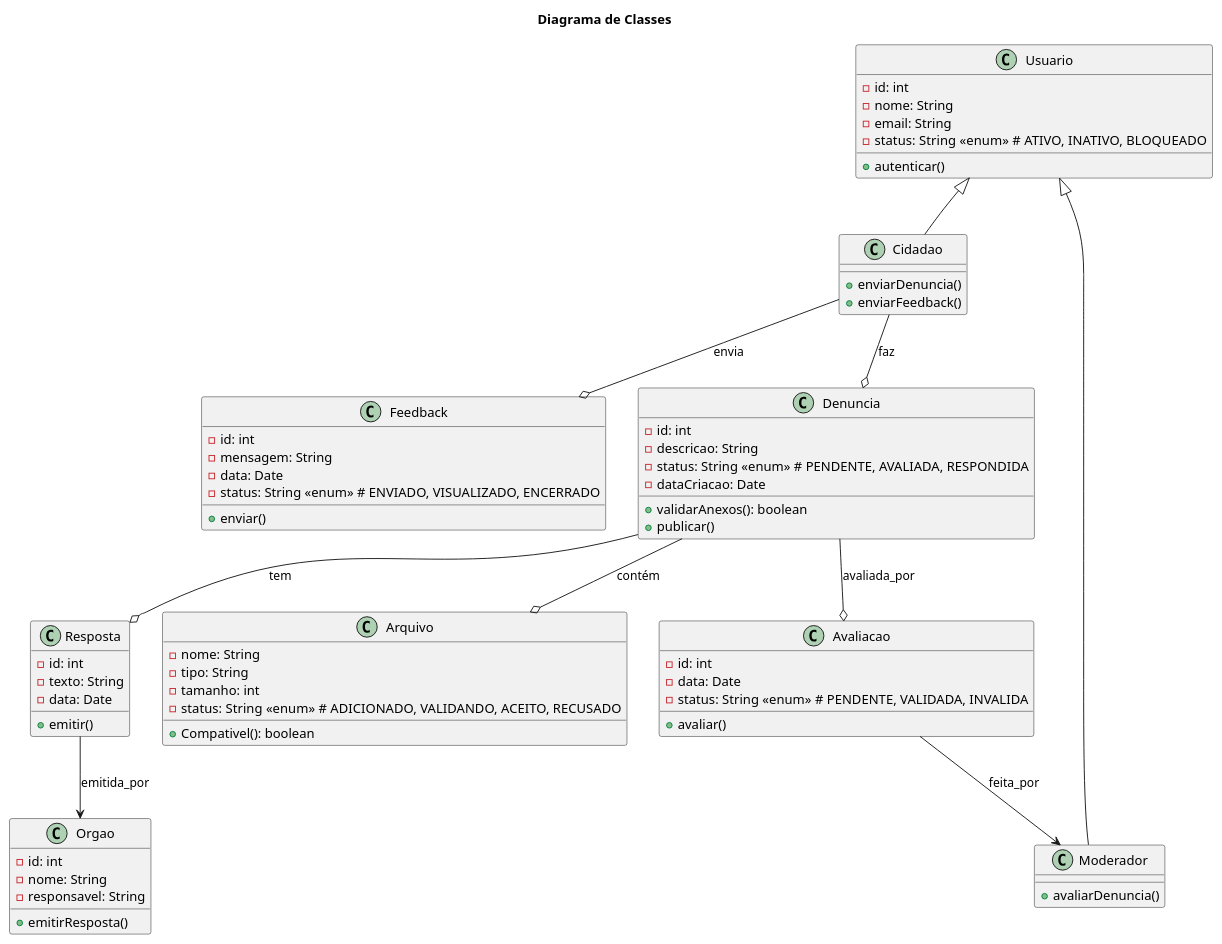
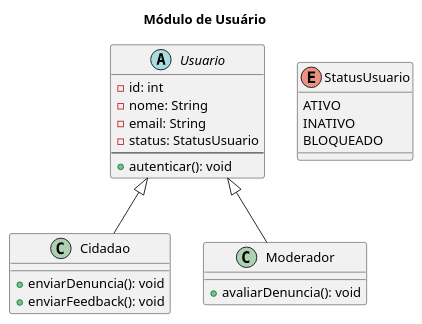
One commit to rafa-alves6/Reclama.se-AOO changed the second of 2 diagrams in modelos/readme.md. Above: the diagram before and after it, drawn with PlantUML.

````diff
--- a/modelos/readme.md
+++ b/modelos/readme.md
@@ -67,86 +67,30 @@
 ```plantuml
 @startuml
-title Diagrama de Classes 
+title Módulo de Usuário
 
-class Usuario {
+abstract class Usuario {
   - id: int
   - nome: String
   - email: String
-  - status: String <<enum>> # ATIVO, INATIVO, BLOQUEADO
-  + autenticar()
+  - status: StatusUsuario
+  --
+  + autenticar(): void
 }
 
 class Cidadao extends Usuario {
-  + enviarDenuncia()
-  + enviarFeedback()
+  + enviarDenuncia(): void
+  + enviarFeedback(): void
 }
 
 class Moderador extends Usuario {
-  + avaliarDenuncia()
-}
-
-Usuario -[hidden]-> Cidadao
-Usuario -[hidden]-> Moderador
-
-class Denuncia {
-  - id: int
-  - descricao: String
-  - status: String <<enum>> # PENDENTE, AVALIADA, RESPONDIDA
-  - dataCriacao: Date
-  + validarAnexos(): boolean
-  + publicar()
-}
-
-class Feedback {
-  - id: int
-  - mensagem: String
-  - data: Date
-  - status: String <<enum>> # ENVIADO, VISUALIZADO, ENCERRADO
-  + enviar()
+  + avaliarDenuncia(): void
 }
 
 
-class Arquivo {
-  - nome: String
-  - tipo: String
-  - tamanho: int
-  - status: String <<enum>> # ADICIONADO, VALIDANDO, ACEITO, RECUSADO
-  + Compativel(): boolean
+enum StatusUsuario {
+  ATIVO
+  INATIVO
+  BLOQUEADO
 }
-
-
-Denuncia --o Arquivo : contém
-
-class Avaliacao {
-  - id: int
-  - data: Date
-  - status: String <<enum>> # PENDENTE, VALIDADA, INVALIDA
-  + avaliar()
-}
-
-
-class Resposta {
-  - id: int
-  - texto: String
-  - data: Date
-  + emitir()
-}
-
-class Orgao {
-  - id: int
-  - nome: String
-  - responsavel: String
-  + emitirResposta()
-}
-
-Denuncia --o Avaliacao : avaliada_por
-Avaliacao --> Moderador : feita_por
-
-Denuncia --o Resposta : tem
-Resposta --> Orgao : emitida_por
-
-Cidadao --o Denuncia : faz
-Cidadao --o Feedback : envia
 @enduml
-
 ```
````
